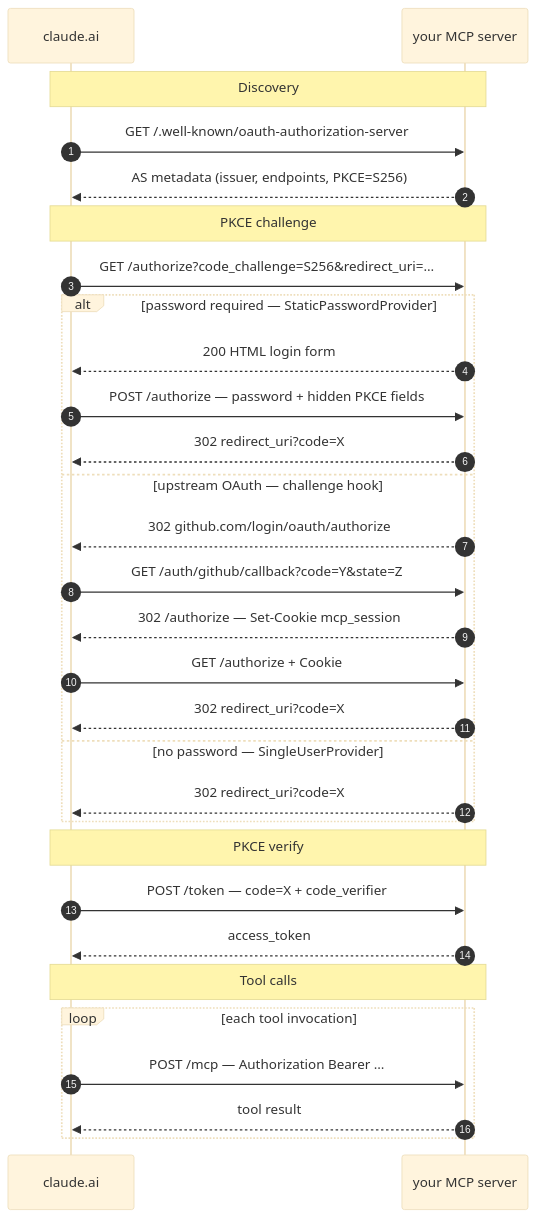
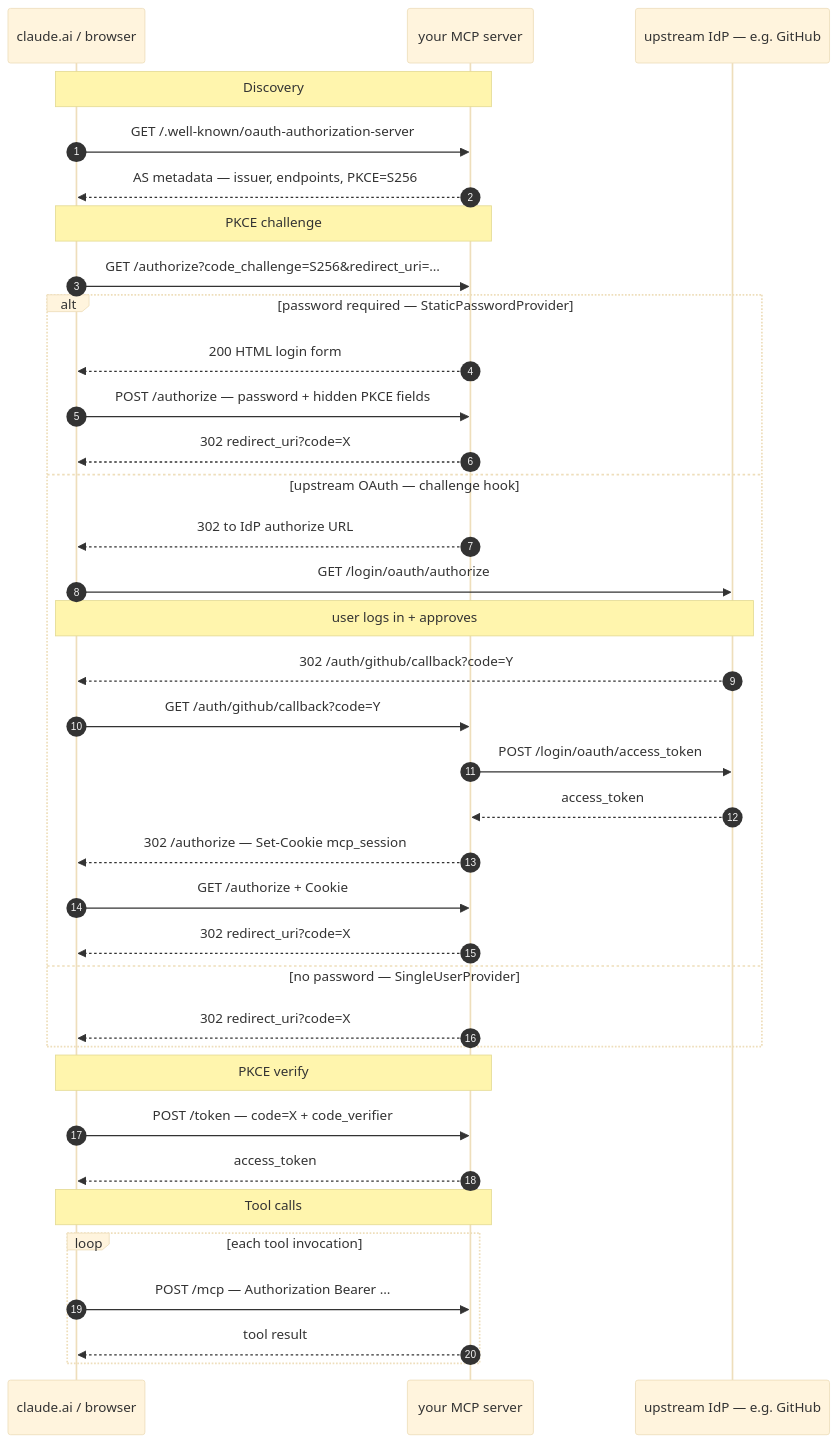
One commit to 5queezer/mcp-oauth-template changed the diagram in README.md. Above: the diagram before and after it, drawn with Mermaid (base theme).

Commit message:
README: add IdP as third participant in mermaid flow
The upstream-OAuth branch previously hid GitHub behind a URL string,
which made the server-to-server token exchange invisible. Promote
the IdP to a proper participant column and show both legs:
- browser → IdP authorization + approval
- server → IdP token exchange

Browser conflation acknowledged in the C label ("claude.ai / browser").

````diff
--- a/README.md
+++ b/README.md
@@ -142,36 +142,42 @@
 ```mermaid
 sequenceDiagram
     autonumber
-    participant C as claude.ai
+    participant C as claude.ai / browser
     participant S as your MCP server
+    participant I as upstream IdP — e.g. GitHub
 
     Note over C,S: Discovery
     C->>S: GET /.well-known/oauth-authorization-server
-    S-->>C: AS metadata (issuer, endpoints, PKCE=S256)
+    S-->>C: AS metadata — issuer, endpoints, PKCE=S256
 
     Note over C,S: PKCE challenge
     C->>S: GET /authorize?code_challenge=S256&redirect_uri=…
     alt password required — StaticPasswordProvider
         S-->>C: 200 HTML login form
         C->>S: POST /authorize — password + hidden PKCE fields
         S-->>C: 302 redirect_uri?code=X
     else upstream OAuth — challenge hook
-        S-->>C: 302 github.com/login/oauth/authorize
-        C->>S: GET /auth/github/callback?code=Y&state=Z
+        S-->>C: 302 to IdP authorize URL
+        C->>I: GET /login/oauth/authorize
+        Note over C,I: user logs in + approves
+        I-->>C: 302 /auth/github/callback?code=Y
+        C->>S: GET /auth/github/callback?code=Y
+        S->>I: POST /login/oauth/access_token
+        I-->>S: access_token
         S-->>C: 302 /authorize — Set-Cookie mcp_session
         C->>S: GET /authorize + Cookie
         S-->>C: 302 redirect_uri?code=X
     else no password — SingleUserProvider
         S-->>C: 302 redirect_uri?code=X
     end
 
     Note over C,S: PKCE verify
     C->>S: POST /token — code=X + code_verifier
     S-->>C: access_token
 
     Note over C,S: Tool calls
     loop each tool invocation
         C->>S: POST /mcp — Authorization Bearer …
         S-->>C: tool result
     end
 ```
````
